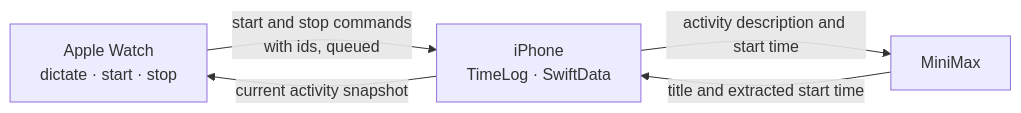
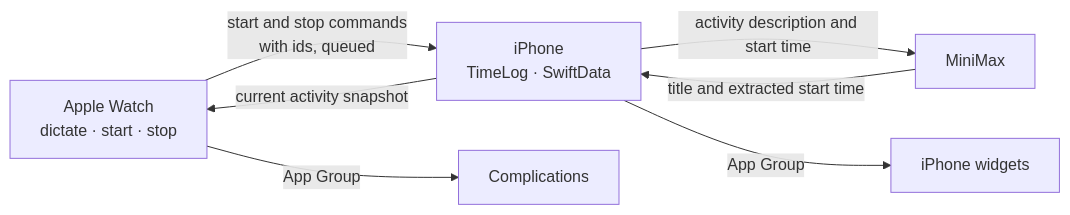
The diagram in README.md (MuhangHE/Chronoception), drawn with Mermaid before and after one commit. The commit also changed other lines of this file and 24 other files, not shown here.

First line of the commit message:
Add widgets and complications that start an event in one tap

````diff
--- a/README.md
+++ b/README.md
@@ -100,7 +119,9 @@
 ```mermaid
 flowchart LR
     W["Apple Watch<br/>dictate · start · stop"] -- "start and stop commands<br/>with ids, queued" --> P["iPhone<br/>TimeLog · SwiftData"]
     P -- "current activity snapshot" --> W
     P -- "activity description and start time" --> M["MiniMax"]
     M -- "title and extracted start time" --> P
+    P -- "App Group" --> PW["iPhone widgets"]
+    W -- "App Group" --> WC["Complications"]
 ```
````
